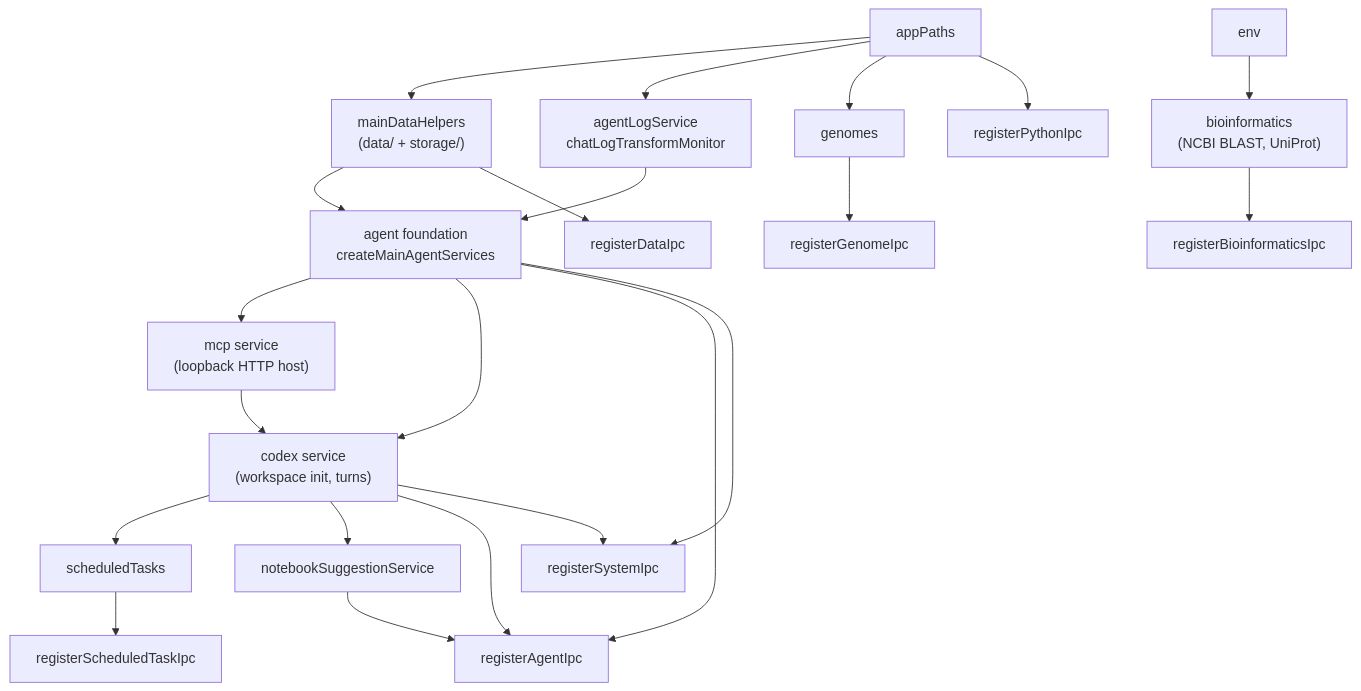
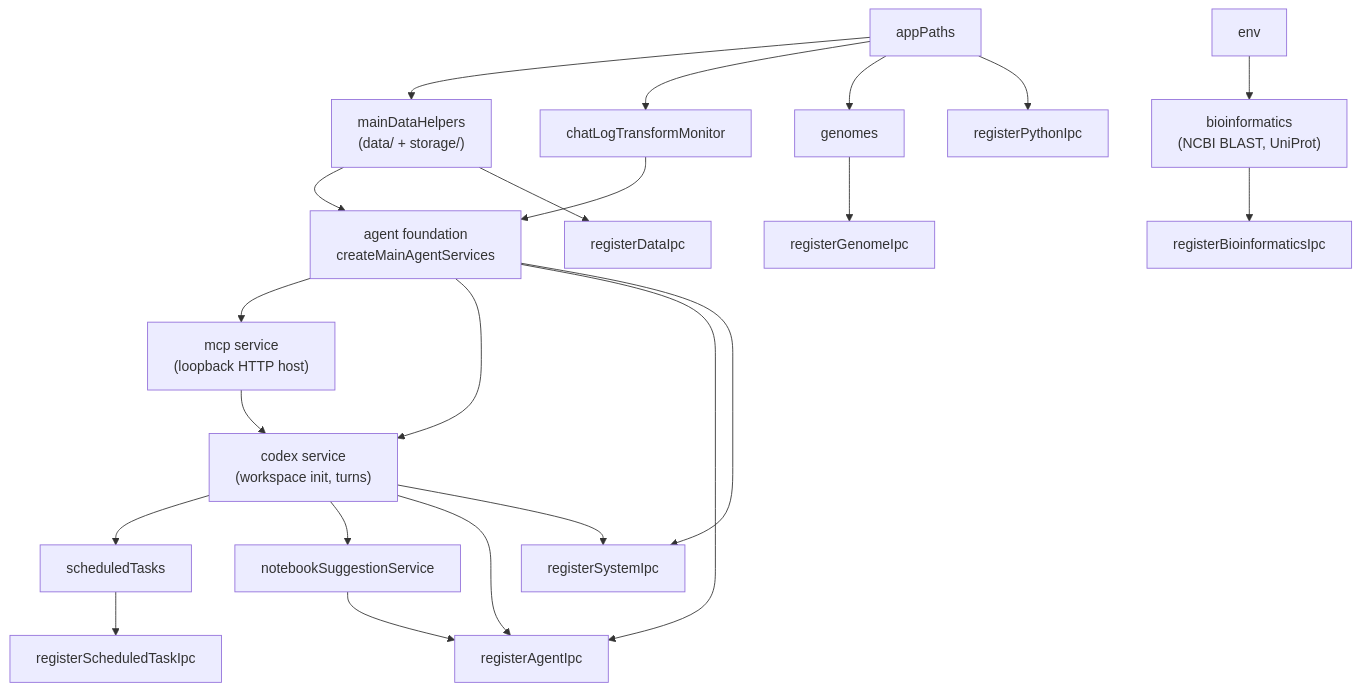
Before and after one commit to HinaShirosaki/Hikari: the second of 5 diagrams in Architecture.md, drawn with Mermaid. The commit also changed other lines of this file and 27 other files, not shown here.

First line of the commit message:
Keep agent chat logs only with their chat

````diff
--- a/Architecture.md
+++ b/Architecture.md
@@ -161,25 +161,25 @@
 ```mermaid
 flowchart TD
   Paths["appPaths"] --> Data["mainDataHelpers<br/>(data/ + storage/)"]
-  Paths --> Log["agentLogService<br/>chatLogTransformMonitor"]
+  Paths --> Log["chatLogTransformMonitor"]
   Data --> Agents["agent foundation<br/>createMainAgentServices"]
   Log --> Agents
   Agents --> MCP["mcp service<br/>(loopback HTTP host)"]
   Agents --> Codex["codex service<br/>(workspace init, turns)"]
   MCP --> Codex
   Codex --> Sched["scheduledTasks"]
   Paths --> Genome["genomes"]
   Env["env"] --> Bio["bioinformatics<br/>(NCBI BLAST, UniProt)"]
   Codex --> NB["notebookSuggestionService"]
 
   Data --> R1["registerDataIpc"]
   Agents --> R2["registerAgentIpc"]
   Codex --> R2
   NB --> R2
   Genome --> R3["registerGenomeIpc"]
   Bio --> R4["registerBioinformaticsIpc"]
   Sched --> R5["registerScheduledTaskIpc"]
   Paths --> R6["registerPythonIpc"]
   Codex --> R7["registerSystemIpc"]
   Agents --> R7
 ```
````
